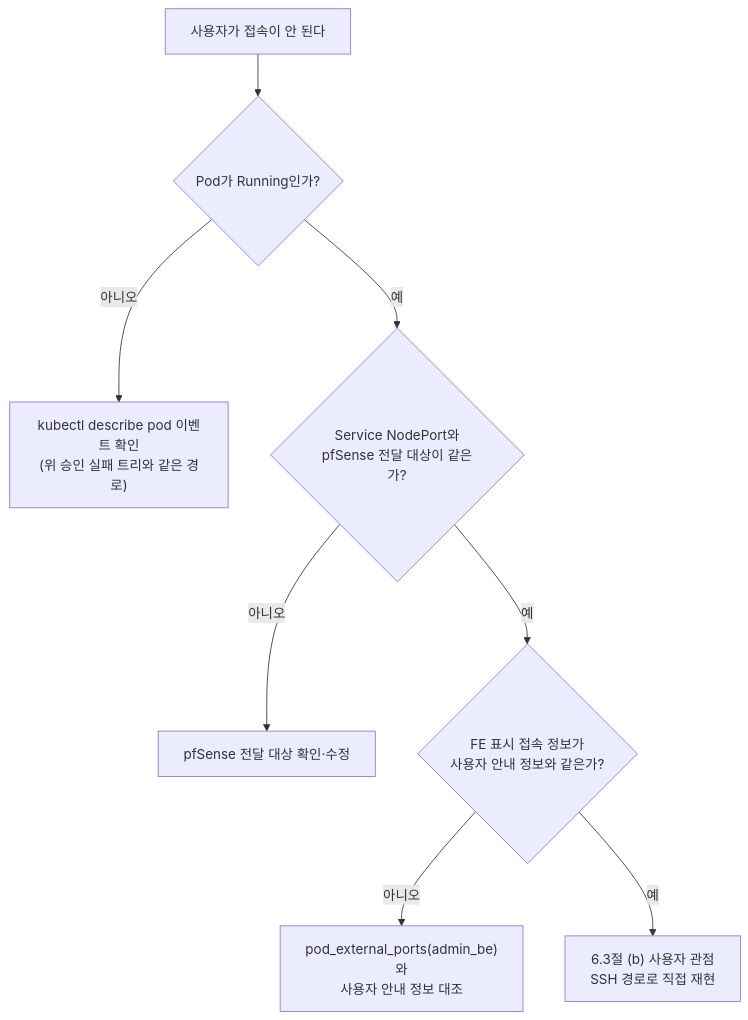
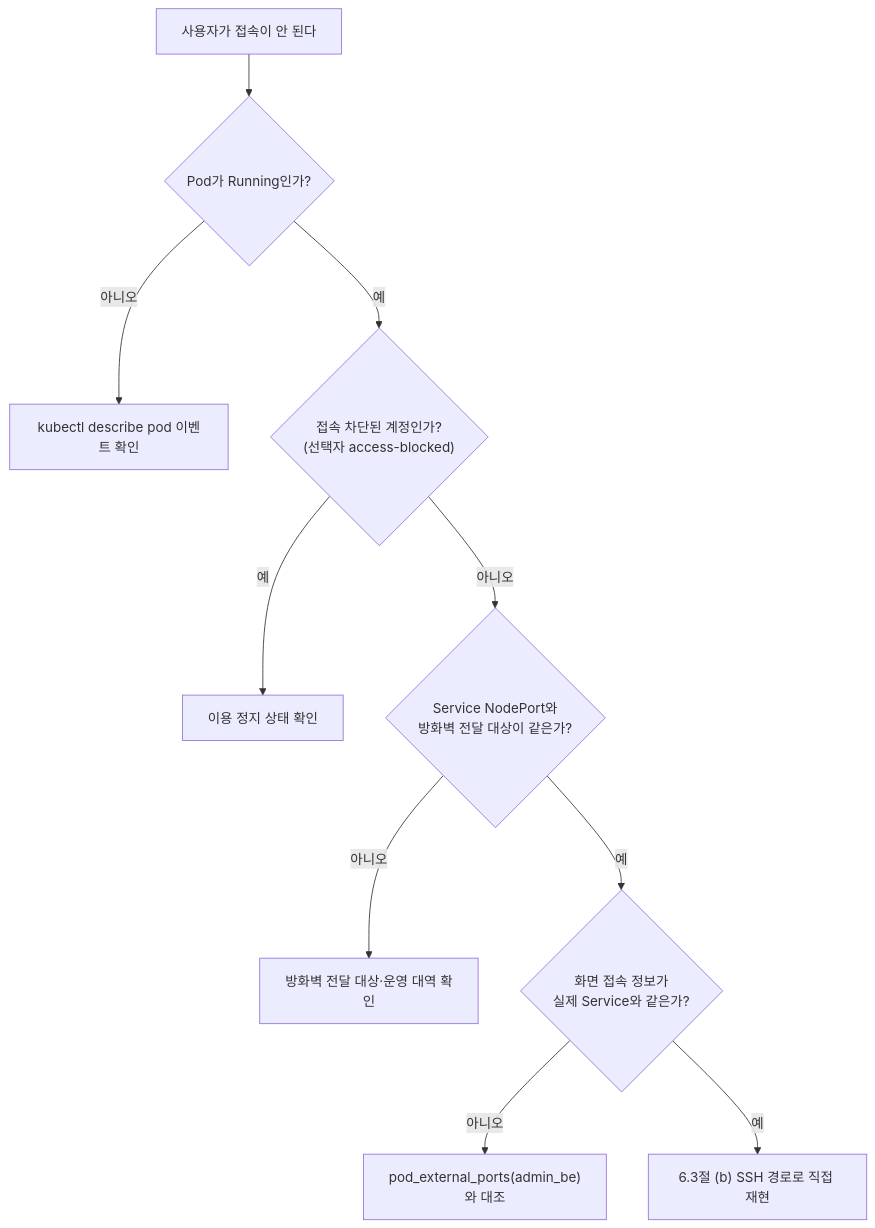
One commit to CSID-DGU/admin_wiki changed the second of 2 diagrams in md/infra/operations/운영-매뉴얼.md. Above: the diagram before and after it, drawn with Mermaid. The commit also changed other lines of this file and 12 other files, not shown here.

````diff
--- a/md/infra/operations/운영-매뉴얼.md
+++ b/md/infra/operations/운영-매뉴얼.md
@@ -578,10 +463,12 @@
 ```mermaid
 flowchart TD
     A2["사용자가 접속이 안 된다"] --> B2{"Pod가 Running인가?"}
-    B2 -->|"아니오"| C2["kubectl describe pod 이벤트 확인<br/>(위 승인 실패 트리와 같은 경로)"]
-    B2 -->|"예"| D2{"Service NodePort와<br/>pfSense 전달 대상이 같은가?"}
-    D2 -->|"아니오"| E2["pfSense 전달 대상 확인·수정"]
-    D2 -->|"예"| F2{"FE 표시 접속 정보가<br/>사용자 안내 정보와 같은가?"}
-    F2 -->|"아니오"| G2["pod_external_ports(admin_be)와<br/>사용자 안내 정보 대조"]
-    F2 -->|"예"| H2["6.3절 (b) 사용자 관점<br/>SSH 경로로 직접 재현"]
+    B2 -->|"아니오"| C2["kubectl describe pod 이벤트 확인"]
+    B2 -->|"예"| X2{"접속 차단된 계정인가?<br/>(선택자 access-blocked)"}
+    X2 -->|"예"| Y2["이용 정지 상태 확인"]
+    X2 -->|"아니오"| D2{"Service NodePort와<br/>방화벽 전달 대상이 같은가?"}
+    D2 -->|"아니오"| E2["방화벽 전달 대상·운영 대역 확인"]
+    D2 -->|"예"| F2{"화면 접속 정보가<br/>실제 Service와 같은가?"}
+    F2 -->|"아니오"| G2["pod_external_ports(admin_be)와 대조"]
+    F2 -->|"예"| H2["6.3절 (b) SSH 경로로 직접 재현"]
 ```
````
